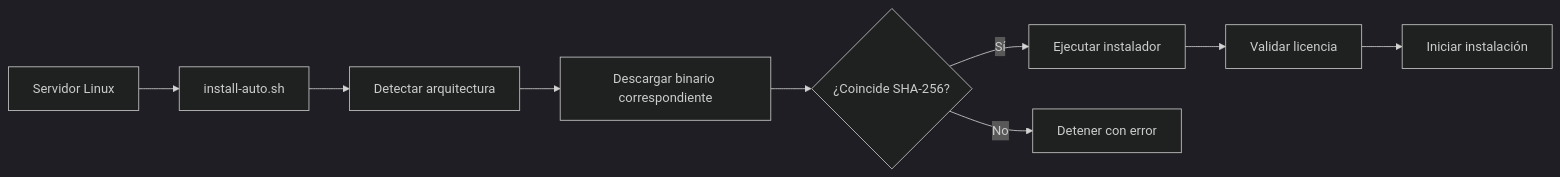
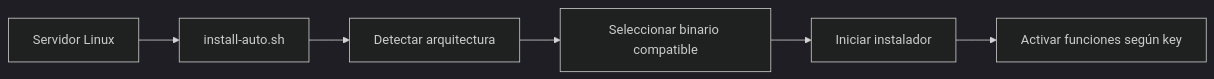
Before and after one commit to studioanime977/MoviVIPNetwork: the diagram in README.md, drawn with Mermaid (dark theme). The commit also changed other lines of this file and 1 other file, not shown here.

````diff
--- a/README.md
+++ b/README.md
@@ -172,11 +148,8 @@
 ```mermaid
 flowchart LR
     A[Servidor Linux] --> B[install-auto.sh]
     B --> C[Detectar arquitectura]
-    C --> D[Descargar binario correspondiente]
-    D --> E{¿Coincide SHA-256?}
-    E -->|Sí| F[Ejecutar instalador]
-    E -->|No| G[Detener con error]
-    F --> H[Validar licencia]
-    H --> I[Iniciar instalación]
+    C --> D[Seleccionar binario compatible]
+    D --> E[Iniciar instalador]
+    E --> F[Activar funciones según key]
 ```
````
